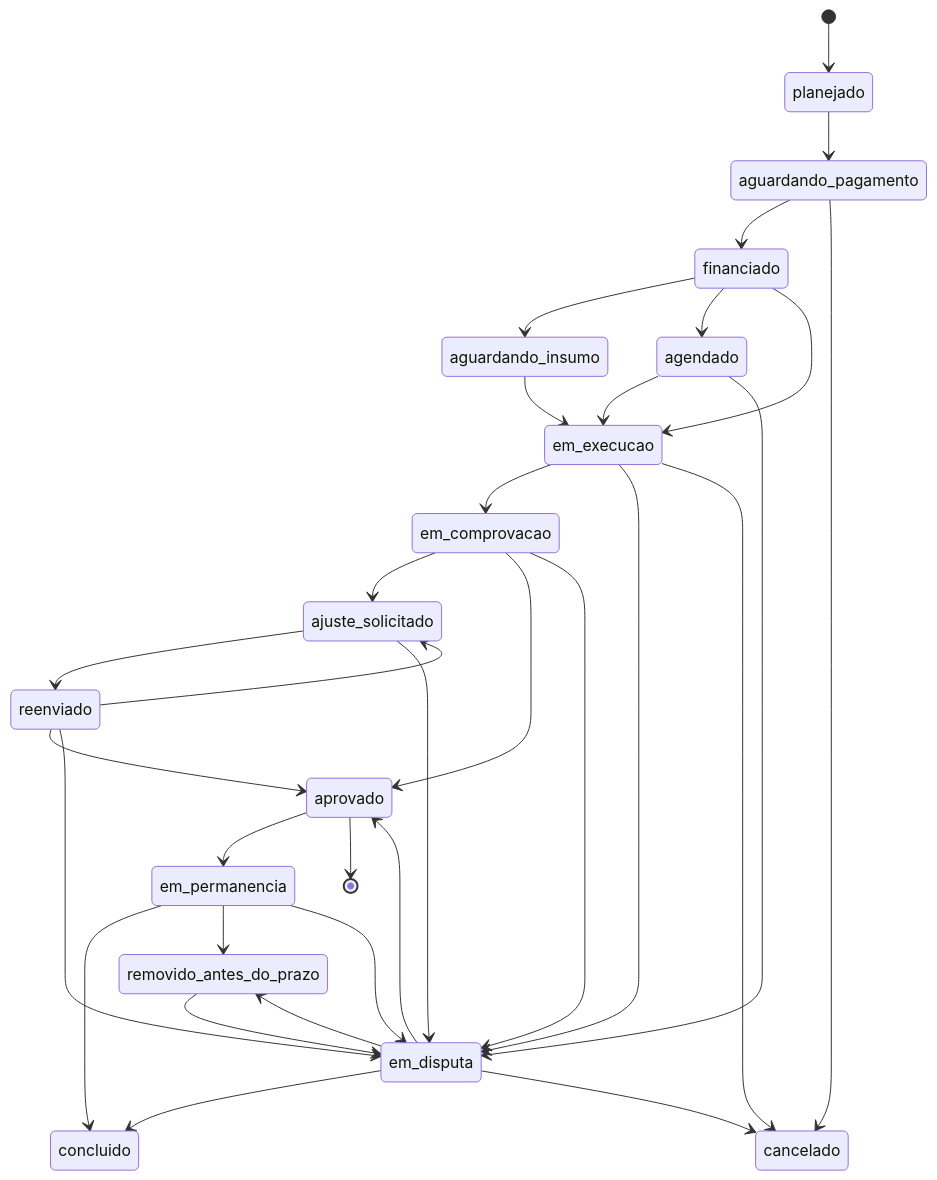
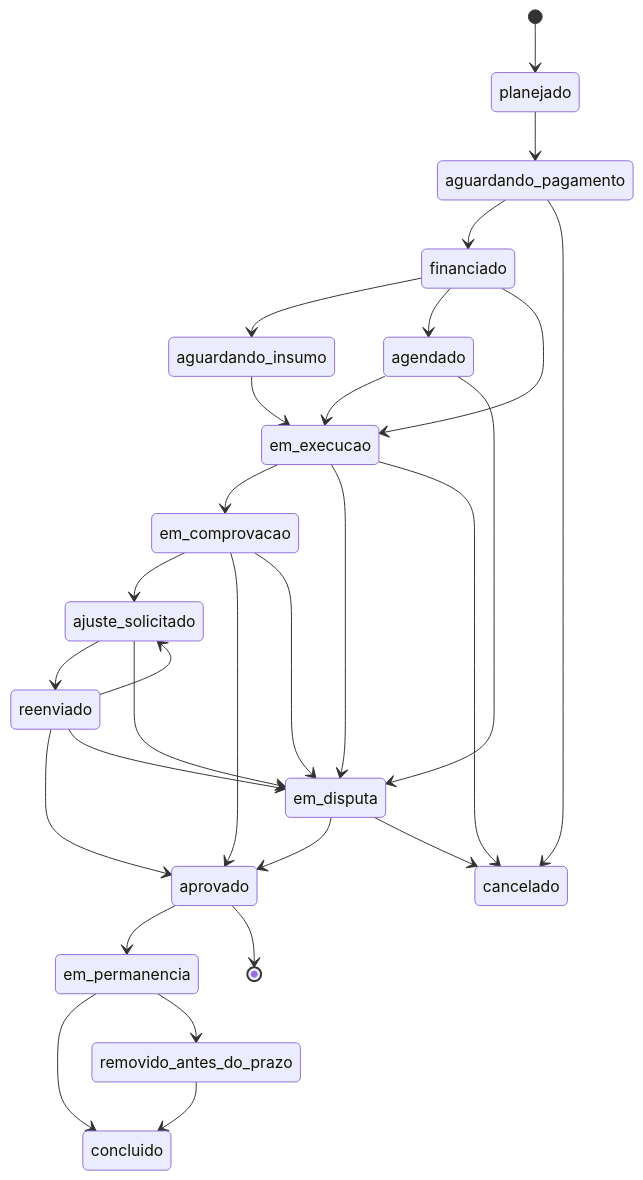
Before and after one commit to marcotuliobsouza/influentz-spec: the fourth of 4 diagrams in docs/MAQUINA-DE-ESTADOS.md, drawn with Mermaid. The commit also changed other lines of this file and 1 other file, not shown here.

````diff
--- a/docs/MAQUINA-DE-ESTADOS.md
+++ b/docs/MAQUINA-DE-ESTADOS.md
@@ -370,34 +370,31 @@
 ```mermaid
 stateDiagram-v2
     [*] --> planejado
     planejado --> aguardando_pagamento
     aguardando_pagamento --> financiado
     aguardando_pagamento --> cancelado
     financiado --> aguardando_insumo
     aguardando_insumo --> em_execucao
     financiado --> agendado
     agendado --> em_execucao
     financiado --> em_execucao
     em_execucao --> em_comprovacao
     em_comprovacao --> ajuste_solicitado
     ajuste_solicitado --> reenviado
     reenviado --> ajuste_solicitado
     reenviado --> aprovado
     em_comprovacao --> aprovado
     aprovado --> em_permanencia
     em_permanencia --> concluido
     em_permanencia --> removido_antes_do_prazo
-    em_permanencia --> em_disputa
-    removido_antes_do_prazo --> em_disputa
-    em_disputa --> concluido
-    em_disputa --> removido_antes_do_prazo
+    removido_antes_do_prazo --> concluido
     em_comprovacao --> em_disputa
     ajuste_solicitado --> em_disputa
     em_execucao --> em_disputa
     reenviado --> em_disputa
     agendado --> em_disputa
     em_disputa --> aprovado
     em_disputa --> cancelado
     em_execucao --> cancelado
     aprovado --> [*]
 ```
````
